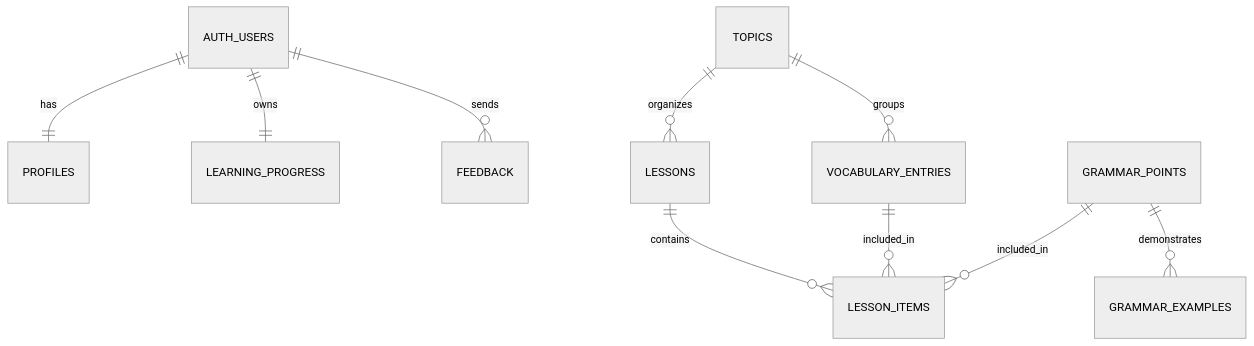
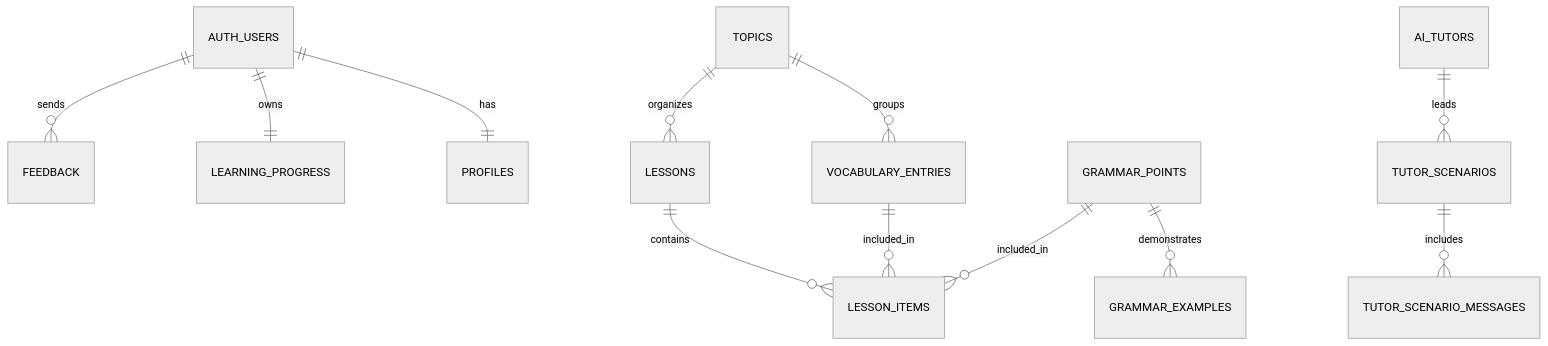
Before and after one commit to Hai2310/HustLingo: the diagram in supabase/README.md, drawn with Mermaid (neutral theme). The commit also changed other lines of this file and 10 other files, not shown here.

````diff
--- a/supabase/README.md
+++ b/supabase/README.md
@@ -55,12 +55,14 @@
 ```mermaid
 erDiagram
   AUTH_USERS ||--|| PROFILES : has
   AUTH_USERS ||--|| LEARNING_PROGRESS : owns
   AUTH_USERS ||--o{ FEEDBACK : sends
   TOPICS ||--o{ VOCABULARY_ENTRIES : groups
   TOPICS ||--o{ LESSONS : organizes
   GRAMMAR_POINTS ||--o{ GRAMMAR_EXAMPLES : demonstrates
   LESSONS ||--o{ LESSON_ITEMS : contains
   VOCABULARY_ENTRIES ||--o{ LESSON_ITEMS : included_in
   GRAMMAR_POINTS ||--o{ LESSON_ITEMS : included_in
+  AI_TUTORS ||--o{ TUTOR_SCENARIOS : leads
+  TUTOR_SCENARIOS ||--o{ TUTOR_SCENARIO_MESSAGES : includes
 ```
````
